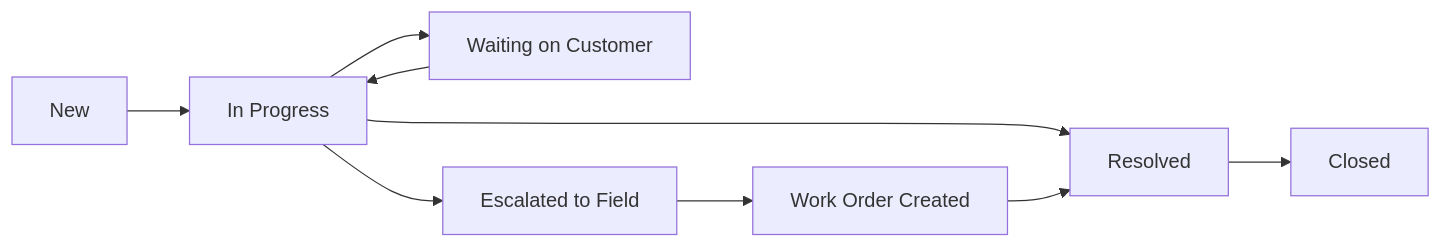
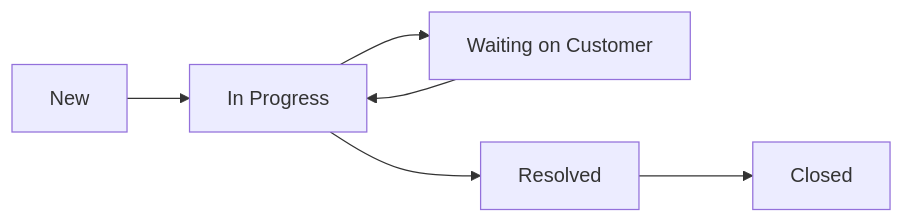
One commit to ckcgoodnews-oss/servicepro-real-runtime changed the diagram in docs/user-guides/SERVICE_DESK_GUIDE.md. Above: the diagram before and after it, drawn with Mermaid. The commit also changed other lines of this file and 15 other files, not shown here.

Commit message:
docs: beautify architecture docs, add 8 user guides, add RLS security migration

````diff
--- a/docs/user-guides/SERVICE_DESK_GUIDE.md
+++ b/docs/user-guides/SERVICE_DESK_GUIDE.md
@@ -50,7 +197,8 @@
 ```mermaid
 graph LR
-    A[New] --> B[In Progress] --> C[Resolved] --> D[Closed]
-    B --> E[Waiting on Customer] --> B
-    B --> F[Escalated to Field] --> G[Work Order Created]
-    G --> C
+    A[New] --> B[In Progress]
+    B --> C[Waiting on Customer]
+    C --> B
+    B --> D[Resolved]
+    D --> E[Closed]
 ```
````
